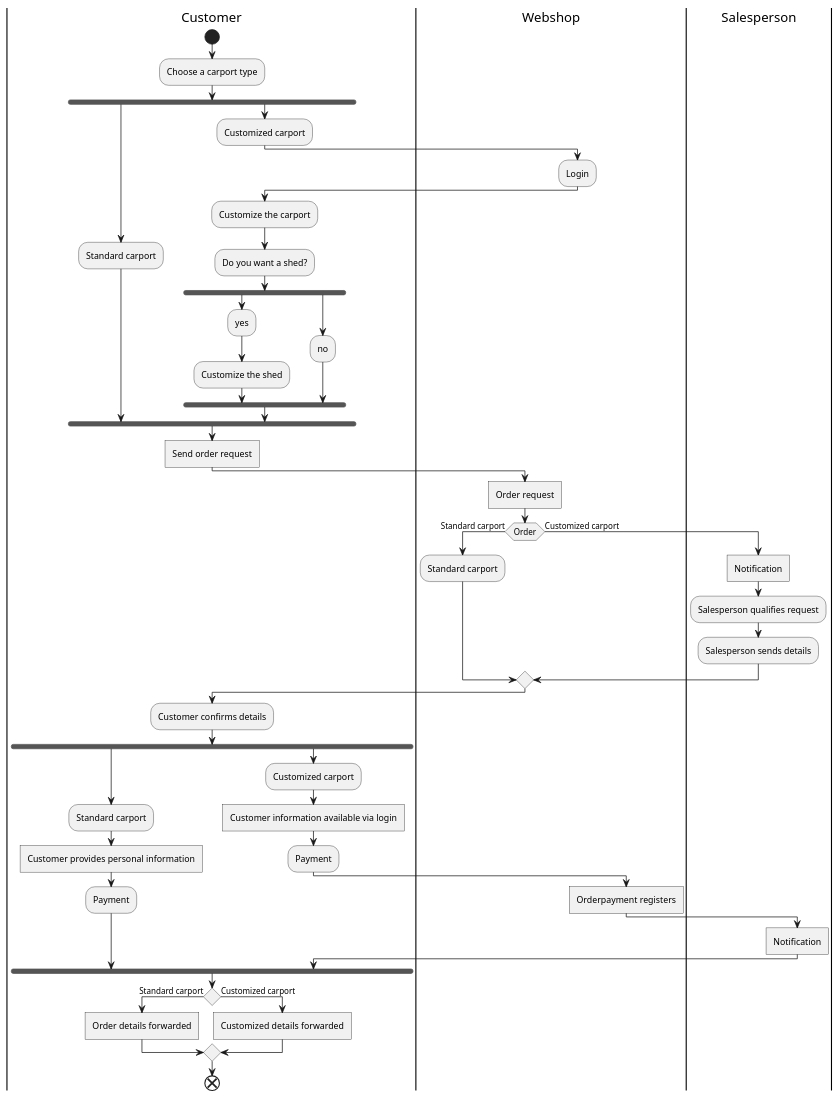
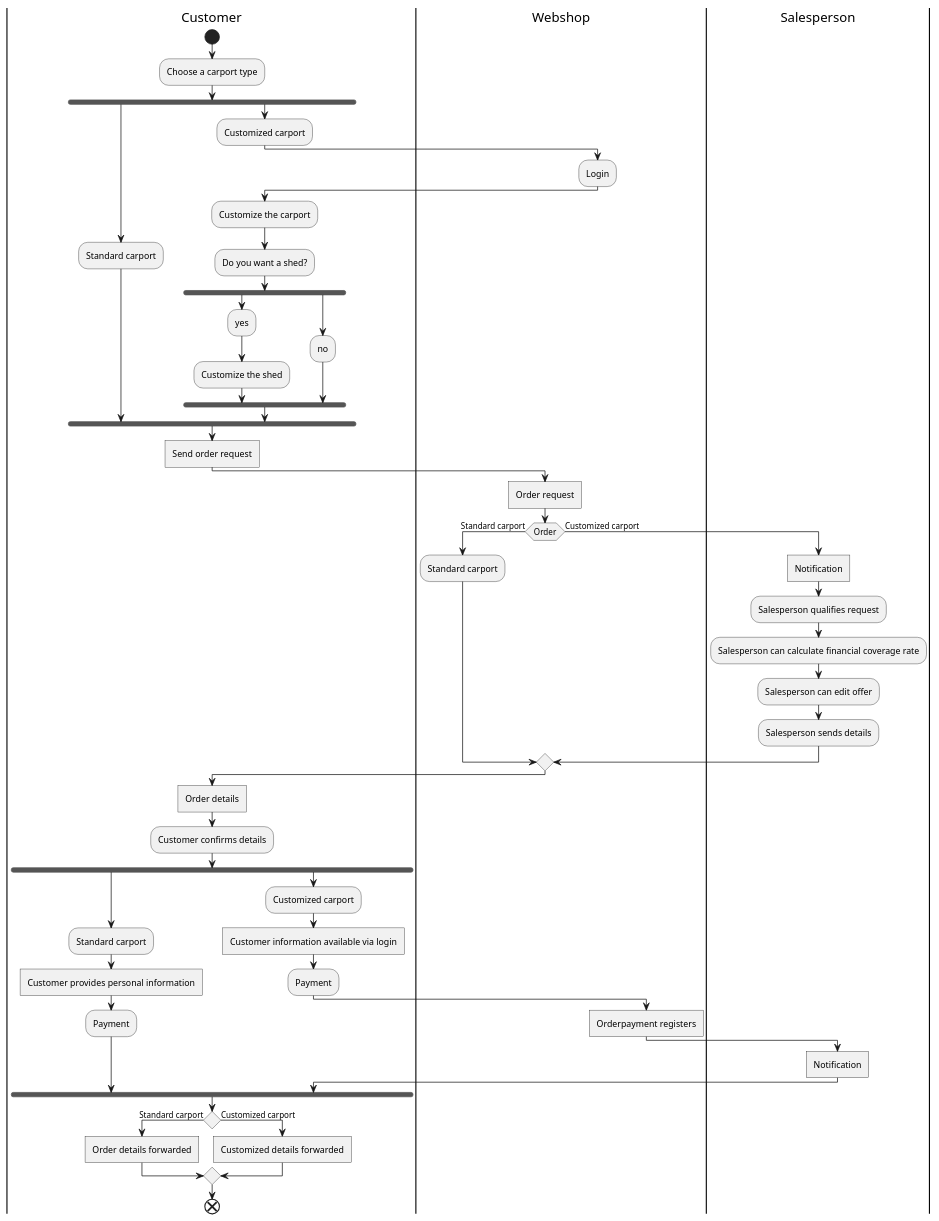
The diagram in src/main/resources/Persistence/ToBe.puml (FruSchwencke/Fog_2024), drawn with PlantUML before and after one commit.

Commit message:
minor additions to ToBe-diagram

```diff
--- a/src/main/resources/Persistence/ToBe.puml
+++ b/src/main/resources/Persistence/ToBe.puml
@@ -1,59 +1,62 @@
 @startuml
 'https://plantuml.com/activity-diagram-beta
 
 |Customer|
 start
 :Choose a carport type;
 fork
 :Standard carport;
 fork again
 :Customized carport;
 |Webshop|
 :Login;
 |Customer|
 :Customize the carport;
 :Do you want a shed?;
 fork
 :yes;
 :Customize the shed;
 fork again
 :no;
 end fork
 end fork
 :Send order request]
 |Webshop|
 :Order request]
 if (Order) then (Standard carport)
 :Standard carport;
 else (Customized carport)
 |Salesperson|
 :Notification]
 :Salesperson qualifies request;
+:Salesperson can calculate financial coverage rate;
+:Salesperson can edit offer;
 :Salesperson sends details;
 endif
 |Customer|
+:Order details]
 :Customer confirms details;
 
 fork
 :Standard carport;
 :Customer provides personal information]
 :Payment;
 fork again
 :Customized carport;
 :Customer information available via login]
 :Payment;
 |Webshop|
 :Orderpayment registers]
 |Salesperson|
 :Notification]
 
 |Customer|
 end fork
 if () then (Standard carport)
 :Order details forwarded]
 else (Customized carport)
 :Customized details forwarded]
 endif
 end
 
 @enduml
```
